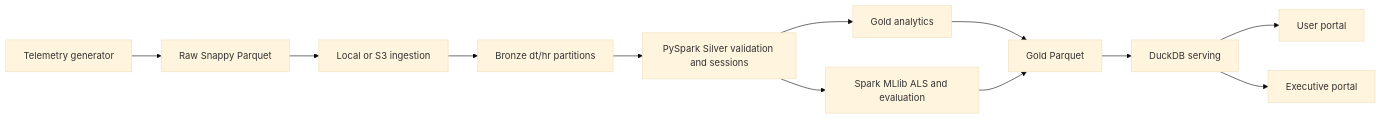
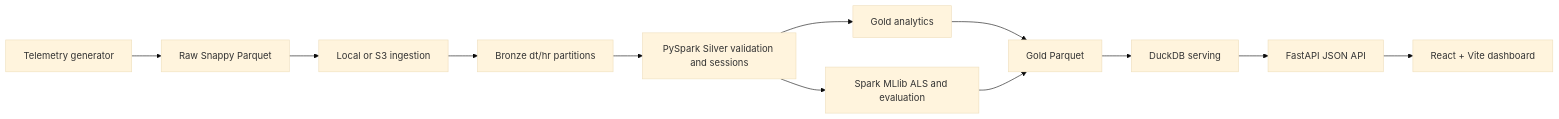
Before and after one commit to adithyanb276/Big-Data-: the diagram in ARCHITECTURE.md, drawn with Mermaid (base theme). The commit also changed other lines of this file and 39 other files, not shown here.

Commit message:
feat: migrate dashboard to React and FastAPI

````diff
--- a/ARCHITECTURE.md
+++ b/ARCHITECTURE.md
@@ -31,14 +31,14 @@
 ```mermaid
 flowchart LR
 	G[Telemetry generator] --> R[Raw Snappy Parquet]
 	R --> I[Local or S3 ingestion]
 	I --> B[Bronze dt/hr partitions]
 	B --> S[PySpark Silver validation and sessions]
 	S --> A[Gold analytics]
 	S --> M[Spark MLlib ALS and evaluation]
 	A --> P[Gold Parquet]
 	M --> P
 	P --> D[DuckDB serving]
-	D --> U[User portal]
-	D --> E[Executive portal]
+	D --> F[FastAPI JSON API]
+	F --> FE[React + Vite dashboard]
 ```
````
